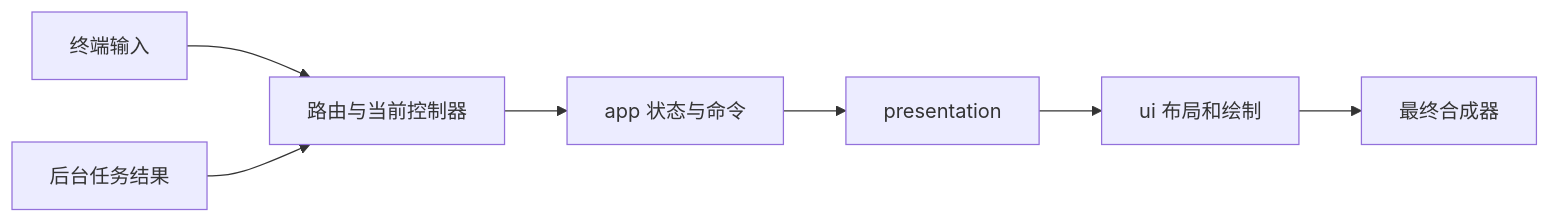
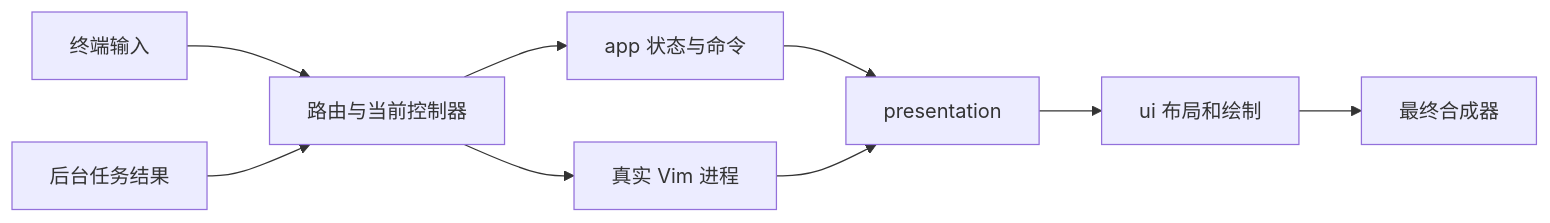
Before and after one commit to peixuanthomas/TundraUX3: the diagram in crates/shell/README.md, drawn with Mermaid. The commit also changed other lines of this file and 50 other files, not shown here.

````diff
--- a/crates/shell/README.md
+++ b/crates/shell/README.md
@@ -65,9 +69,11 @@
 ```mermaid
 flowchart LR
     Input[终端输入] --> Route[路由与当前控制器]
     Route --> App[app 状态与命令]
+    Route --> Vim[真实 Vim 进程]
     App --> Present[presentation]
+    Vim --> Present
     Present --> UI[ui 布局和绘制]
     UI --> Compose[最终合成器]
     Job[后台任务结果] --> Route
 ```
````
